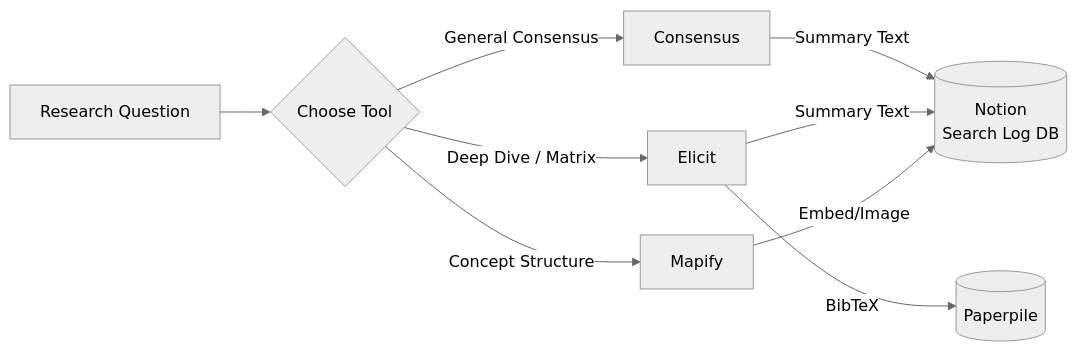
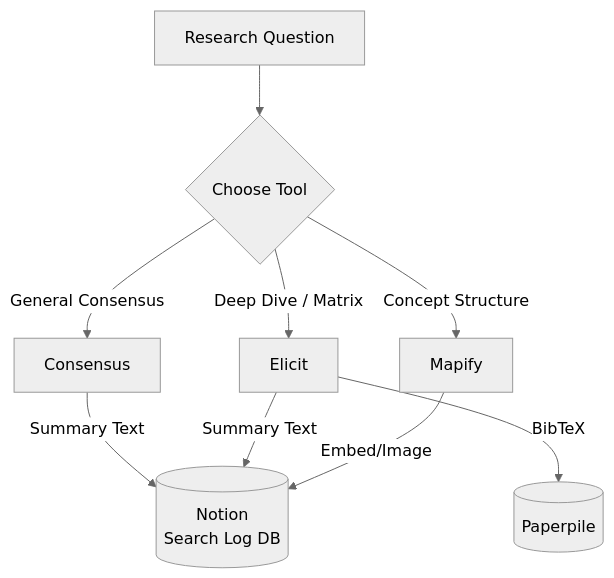
Before and after one commit to t-tanaka-epistat/research-wiki: the second of 2 diagrams in VS Code + Quarto + R 研究環境構築マニュアル.qmd, drawn with Mermaid (neutral theme). The commit also changed other lines of this file and 1 other file, not shown here.

Commit message:
ecosystem diagramを縦に修正

````diff
--- a/VS Code + Quarto + R 研究環境構築マニュアル.qmd
+++ b/VS Code + Quarto + R 研究環境構築マニュアル.qmd
@@ -268,13 +268,13 @@
 ```{mermaid}
 %%| fig-format: svg
-flowchart LR
-    RQ[Research Question] --> AI{Choose Tool}
+flowchart TB
+  RQ[Research Question] --> AI{Choose Tool}
     AI -- "General Consensus" --> Consensus
     AI -- "Deep Dive / Matrix" --> Elicit
     AI -- "Concept Structure" --> Mapify
     
     Consensus -->|Summary Text| Notion[(Notion<br/>Search Log DB)]
     Elicit -->|BibTeX| Paperpile[(Paperpile)]
     Elicit -->|Summary Text| Notion
     Mapify -->|Embed/Image| Notion
 ```
````
